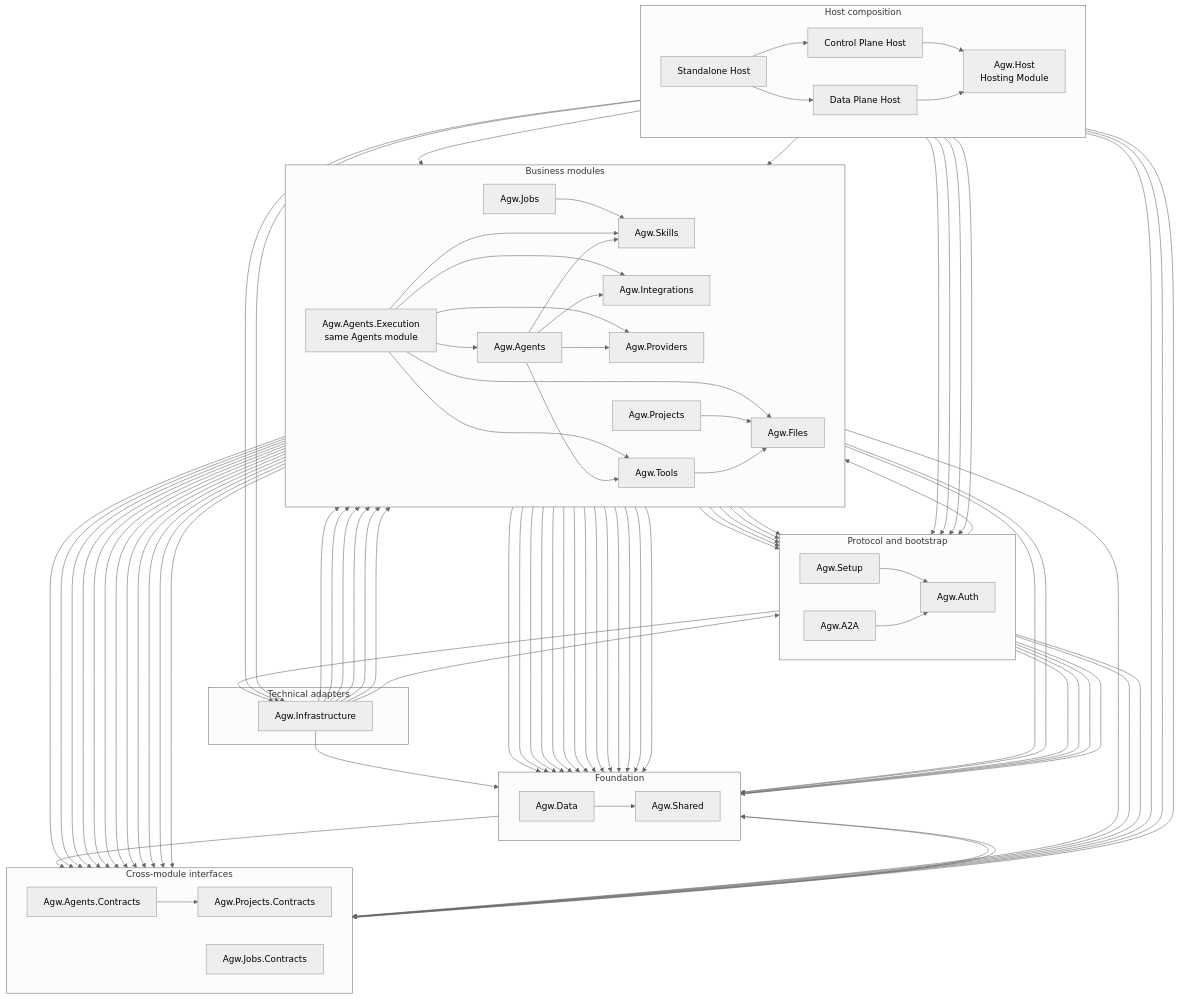
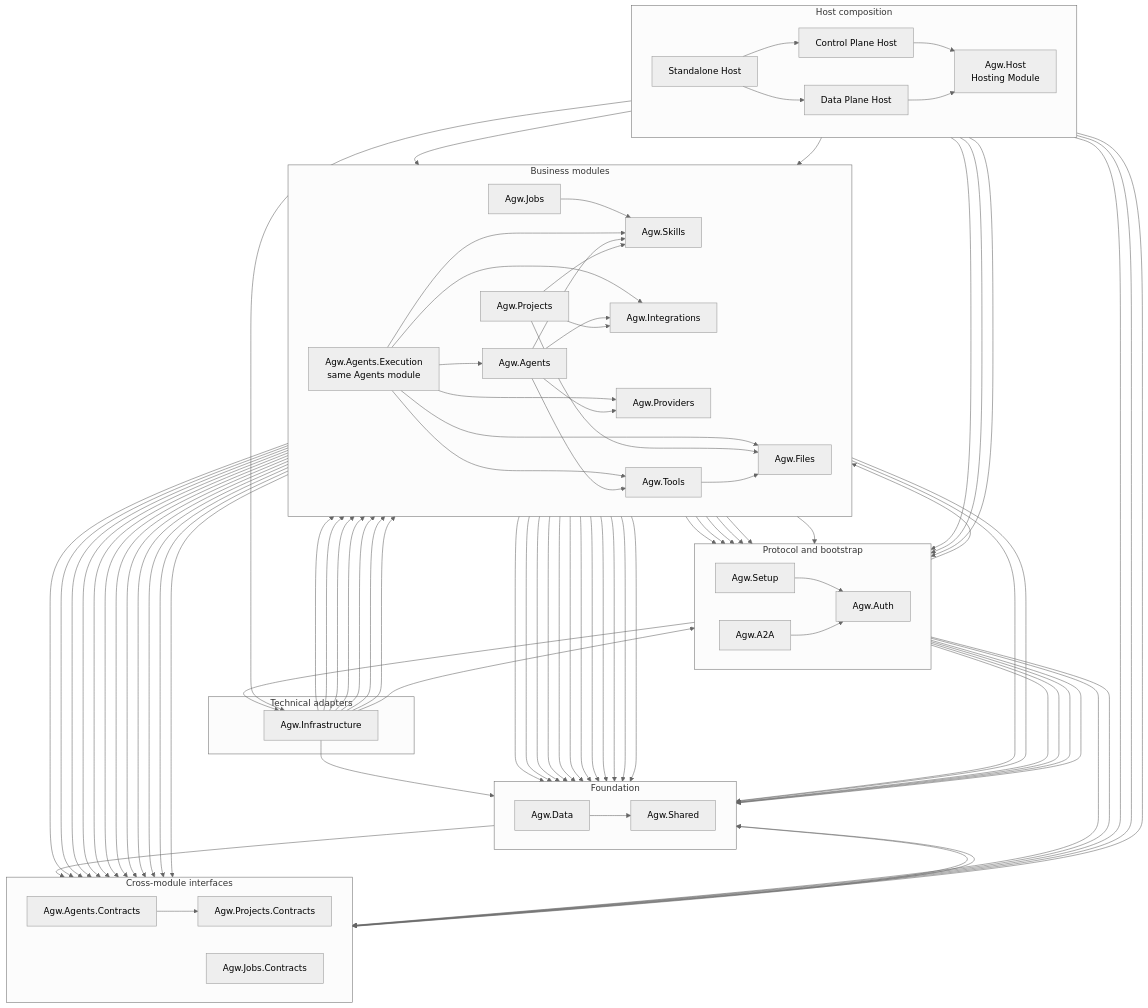
One commit to zxyao145/agw changed the diagram in docs/2.Architecture.md. Above: the diagram before and after it, drawn with Mermaid (neutral theme). The commit also changed other lines of this file and 34 other files, not shown here.

```diff
--- a/docs/2.Architecture.md
+++ b/docs/2.Architecture.md
@@ -119,12 +119,10 @@
     HOST --> AGENT_CONTRACTS
     HOST --> PROJECT_CONTRACTS
     HOST --> JOB_CONTRACTS
-    CONTROL --> AUTH
-    CONTROL --> INFRA
-    CONTROL --> SETUP
-    DATAPLANE --> A2A
-    DATAPLANE --> AUTH
-    DATAPLANE --> INFRA
+    HOST --> AUTH
+    HOST --> INFRA
+    HOST --> SETUP
+    HOST --> A2A
 
     SETUP --> AUTH
     SETUP --> INFRA
@@ -144,6 +142,7 @@
     INFRA --> SKILLS
     INFRA --> JOBS
     INFRA --> DATA
+    INFRA --> TOOLS
 
     SKILLS --> AGENT_CONTRACTS
     SKILLS --> SHARED
@@ -181,18 +180,18 @@
     PROJECTS --> AGENT_CONTRACTS
     PROJECTS --> PROJECT_CONTRACTS
     PROJECTS --> FILES
+    PROJECTS --> INTEGRATIONS
+    PROJECTS --> SKILLS
     PROJECTS --> AUTH
     PROJECTS --> SHARED
     PROJECTS --> DATA
-    TOOLS --> AGENT_CONTRACTS
     TOOLS --> AUTH
-    TOOLS --> DATA
     TOOLS --> FILES
-    TOOLS --> SHARED
 
     AUTH --> SHARED
     AUTH --> DATA
     INTEGRATIONS --> PROJECT_CONTRACTS
+    INTEGRATIONS --> AUTH
     INTEGRATIONS --> SHARED
     INTEGRATIONS --> DATA
     PROVIDERS --> AGENT_CONTRACTS
```
